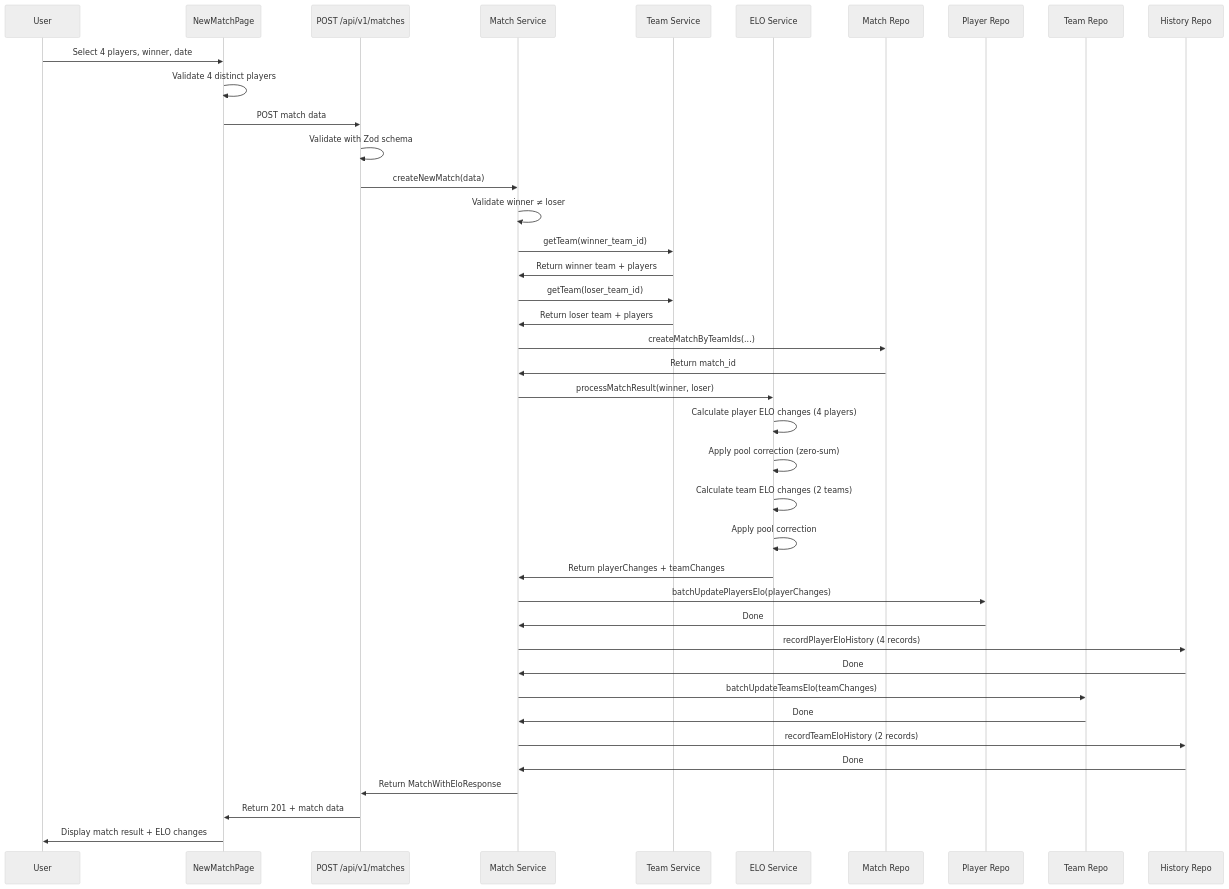
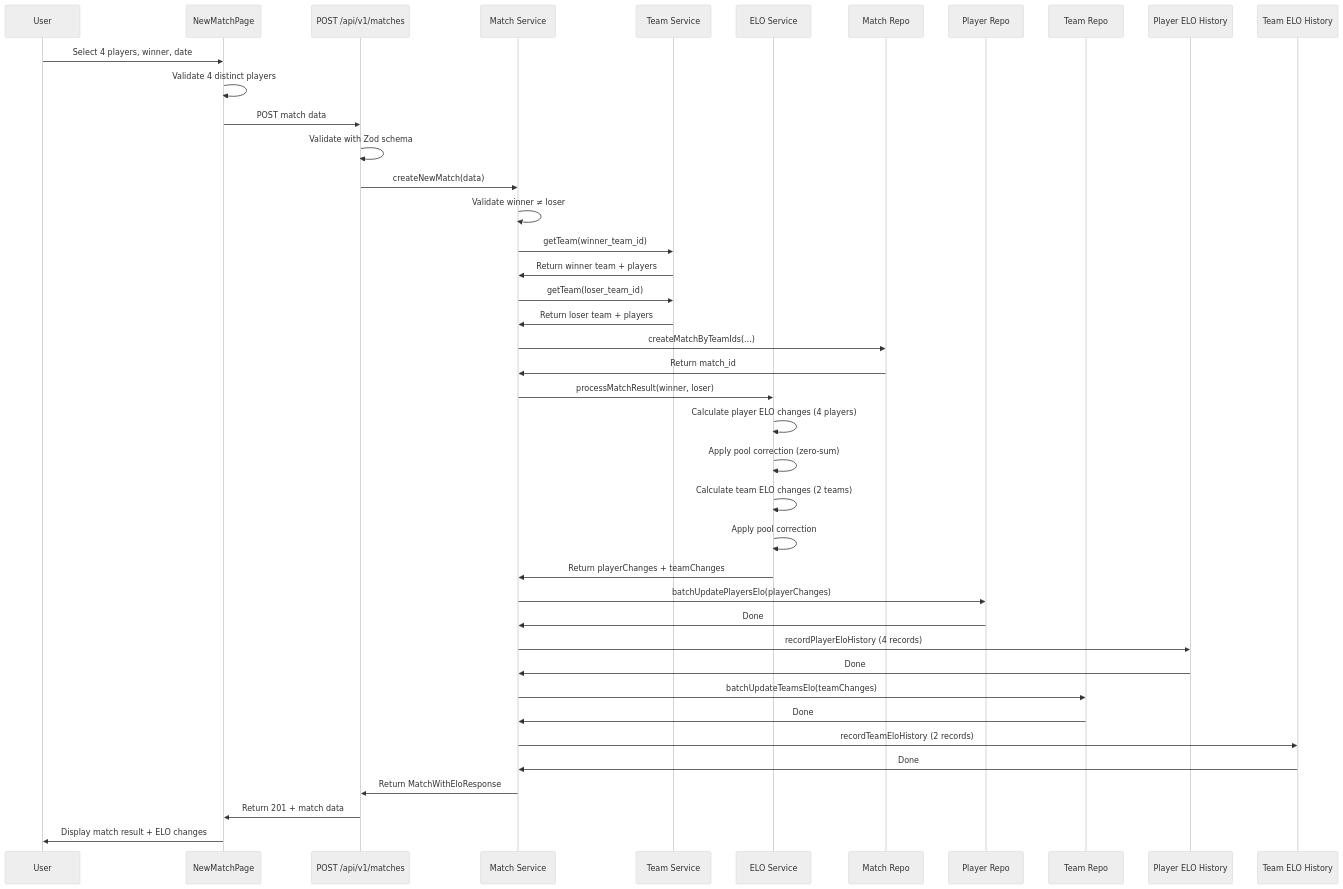
One commit to schalappe/baby_foot_elo changed the eighth of 13 diagrams in docs/technical/07-class-diagrams.md. Above: the diagram before and after it, drawn with Mermaid (neutral theme). The commit also changed other lines of this file, not shown here.

First line of the commit message:
docs: split HistoryRepo into PlayerEloHistory and TeamEloHistory in diagrams

````diff
--- a/docs/technical/07-class-diagrams.md
+++ b/docs/technical/07-class-diagrams.md
@@ -542,52 +556,53 @@
 ```mermaid
 sequenceDiagram
     participant U as User
     participant UI as NewMatchPage
     participant API as POST /api/v1/matches
     participant MS as Match Service
     participant TS as Team Service
     participant ES as ELO Service
     participant MR as Match Repo
     participant PR as Player Repo
     participant TR as Team Repo
-    participant HR as History Repo
+    participant PHR as Player ELO History
+    participant THR as Team ELO History
 
     U->>UI: Select 4 players, winner, date
     UI->>UI: Validate 4 distinct players
     UI->>API: POST match data
 
     API->>API: Validate with Zod schema
     API->>MS: createNewMatch(data)
 
     MS->>MS: Validate winner ≠ loser
     MS->>TS: getTeam(winner_team_id)
     TS->>MS: Return winner team + players
     MS->>TS: getTeam(loser_team_id)
     TS->>MS: Return loser team + players
 
     MS->>MR: createMatchByTeamIds(...)
     MR->>MS: Return match_id
 
     MS->>ES: processMatchResult(winner, loser)
     ES->>ES: Calculate player ELO changes (4 players)
     ES->>ES: Apply pool correction (zero-sum)
     ES->>ES: Calculate team ELO changes (2 teams)
     ES->>ES: Apply pool correction
     ES->>MS: Return playerChanges + teamChanges
 
     MS->>PR: batchUpdatePlayersElo(playerChanges)
     PR->>MS: Done
 
-    MS->>HR: recordPlayerEloHistory (4 records)
-    HR->>MS: Done
+    MS->>PHR: recordPlayerEloHistory (4 records)
+    PHR->>MS: Done
 
     MS->>TR: batchUpdateTeamsElo(teamChanges)
     TR->>MS: Done
 
-    MS->>HR: recordTeamEloHistory (2 records)
-    HR->>MS: Done
+    MS->>THR: recordTeamEloHistory (2 records)
+    THR->>MS: Done
 
     MS->>API: Return MatchWithEloResponse
     API->>UI: Return 201 + match data
     UI->>U: Display match result + ELO changes
 ```
````
